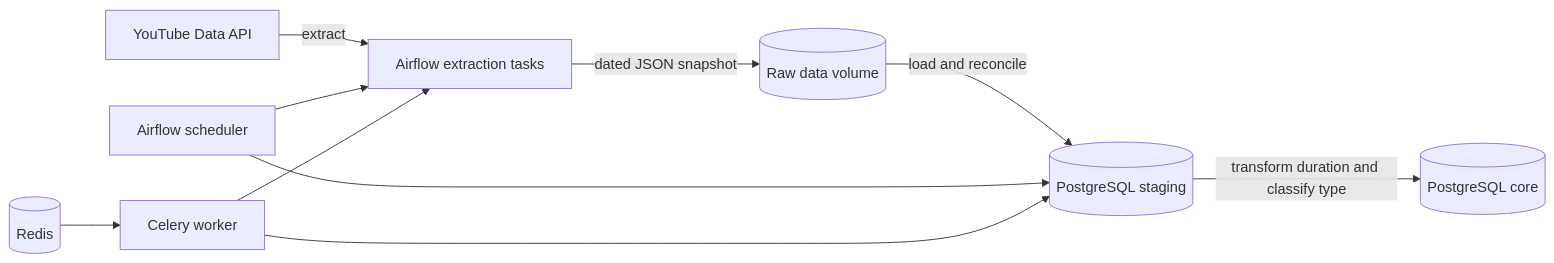
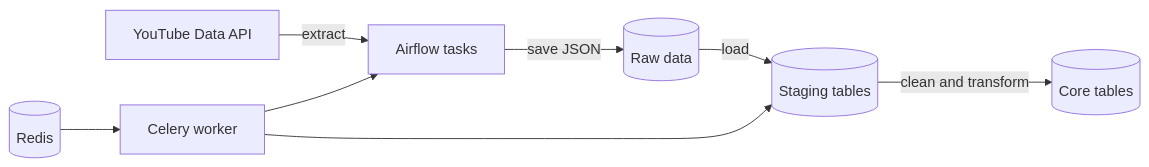
Before and after one commit to gxorge13/youtube-analytics-pipeline: the diagram in README.md, drawn with Mermaid. The commit also changed other lines of this file, not shown here.

````diff
--- a/README.md
+++ b/README.md
@@ -9,12 +9,10 @@
 ```mermaid
 flowchart LR
-    API[YouTube Data API] -->|extract| EX[Airflow extraction tasks]
-    EX -->|dated JSON snapshot| RAW[(Raw data volume)]
-    RAW -->|load and reconcile| STG[(PostgreSQL staging)]
-    STG -->|transform duration and classify type| CORE[(PostgreSQL core)]
-    AF[Airflow scheduler] --> EX
-    AF --> STG
+    API[YouTube Data API] -->|extract| EX[Airflow tasks]
+    EX -->|save JSON| RAW[(Raw data)]
+    RAW -->|load| STG[(Staging tables)]
+    STG -->|clean and transform| CORE[(Core tables)]
     REDIS[(Redis)] --> WORKER[Celery worker]
     WORKER --> EX
     WORKER --> STG
 ```
````
